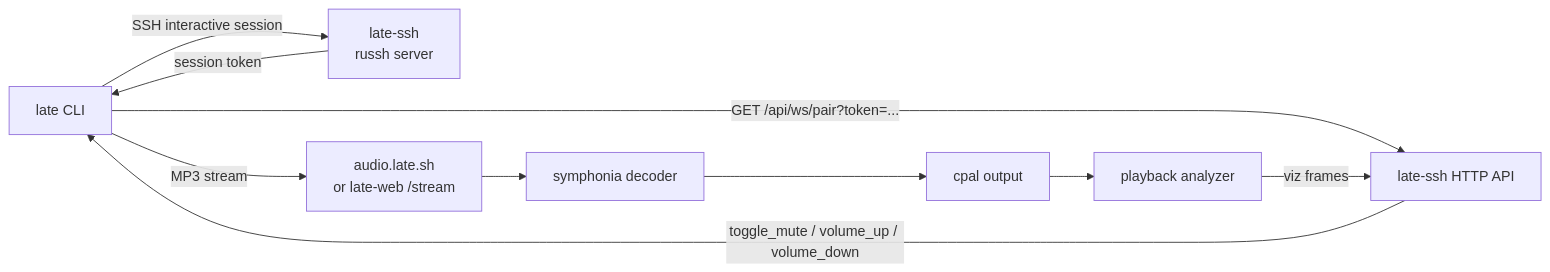
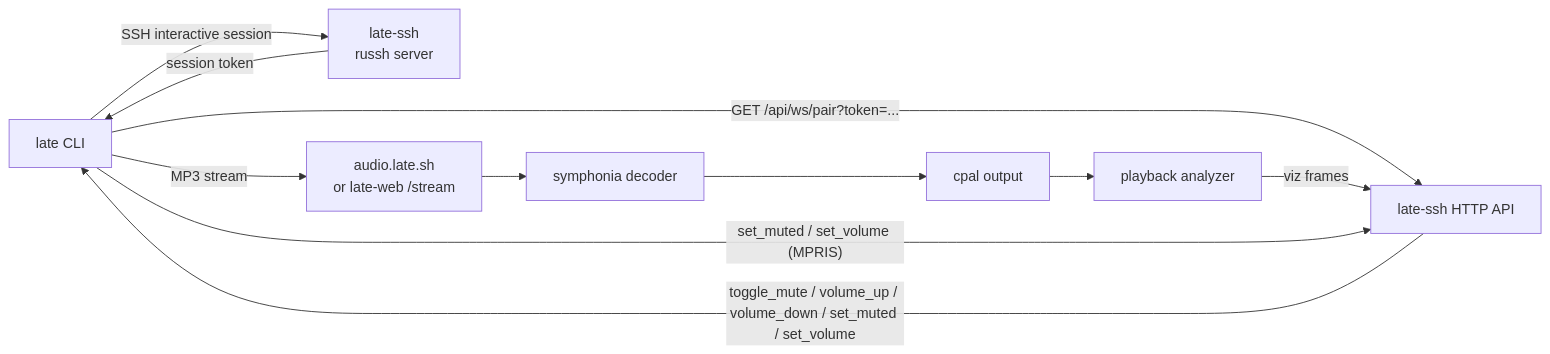
Before and after one commit to MichaelC001/late-sh: the diagram in late-cli/CONTEXT.md, drawn with Mermaid. The commit also changed other lines of this file and 12 other files, not shown here.

First line of the commit message:
Make the desktop MPRIS player controllable for mute and volume (#497)

````diff
--- a/late-cli/CONTEXT.md
+++ b/late-cli/CONTEXT.md
@@ -56,12 +56,13 @@
 ```mermaid
 flowchart LR
     CLI["late CLI"] -->|"SSH interactive session"| SSH["late-ssh<br/>russh server"]
     CLI -->|"GET /api/ws/pair?token=..."| API["late-ssh HTTP API"]
     CLI -->|"MP3 stream"| AUDIO["audio.late.sh<br/>or late-web /stream"]
     AUDIO --> DEC["symphonia decoder"]
     DEC --> OUT["cpal output"]
     OUT --> ANA["playback analyzer"]
     ANA -->|"viz frames"| API
-    API -->|"toggle_mute / volume_up / volume_down"| CLI
+    API -->|"toggle_mute / volume_up / volume_down / set_muted / set_volume"| CLI
+    CLI -->|"set_muted / set_volume (MPRIS)"| API
     SSH -->|"session token"| CLI
 ```
````
